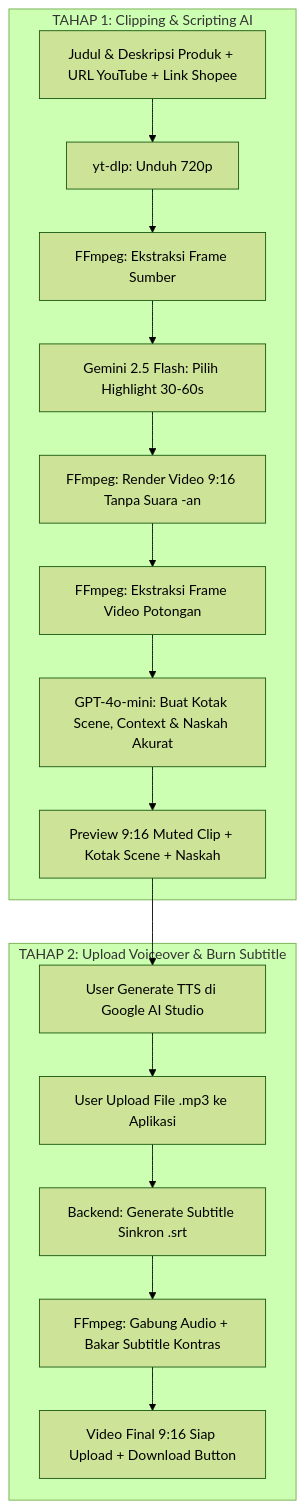
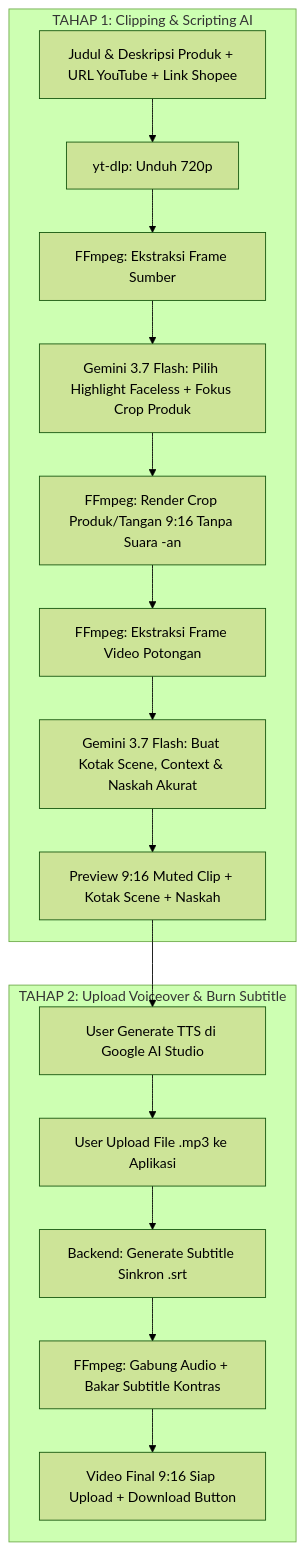
One commit to Zozodoank/clipper changed the diagram in README.md. Above: the diagram before and after it, drawn with Mermaid (forest theme). The commit also changed other lines of this file and 10 other files, not shown here.

Commit message:
Improve faceless crop and Gemini pipeline

````diff
--- a/README.md
+++ b/README.md
@@ -11,20 +11,20 @@
 ```mermaid
 flowchart TD
     subgraph TAHAP 1: Clipping & Scripting AI
         A[Judul & Deskripsi Produk + URL YouTube + Link Shopee] --> B[yt-dlp: Unduh 720p]
         B --> C[FFmpeg: Ekstraksi Frame Sumber]
-        C --> D[Gemini 2.5 Flash: Pilih Highlight 30-60s]
-        D --> E[FFmpeg: Render Video 9:16 Tanpa Suara -an]
+        C --> D[Gemini 3.7 Flash: Pilih Highlight Faceless + Fokus Crop Produk]
+        D --> E[FFmpeg: Render Crop Produk/Tangan 9:16 Tanpa Suara -an]
         E --> F[FFmpeg: Ekstraksi Frame Video Potongan]
-        F --> G[GPT-4o-mini: Buat Kotak Scene, Context & Naskah Akurat]
+        F --> G[Gemini 3.7 Flash: Buat Kotak Scene, Context & Naskah Akurat]
         G --> H[Preview 9:16 Muted Clip + Kotak Scene + Naskah]
     end
 
     subgraph TAHAP 2: Upload Voiceover & Burn Subtitle
         H --> I[User Generate TTS di Google AI Studio]
         I --> J[User Upload File .mp3 ke Aplikasi]
         J --> K[Backend: Generate Subtitle Sinkron .srt]
         K --> L[FFmpeg: Gabung Audio + Bakar Subtitle Kontras]
         L --> M[Video Final 9:16 Siap Upload + Download Button]
     end
 ```
````
